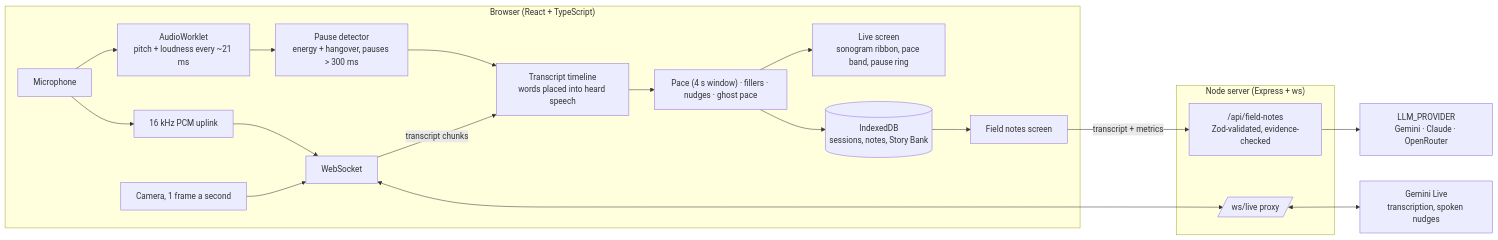
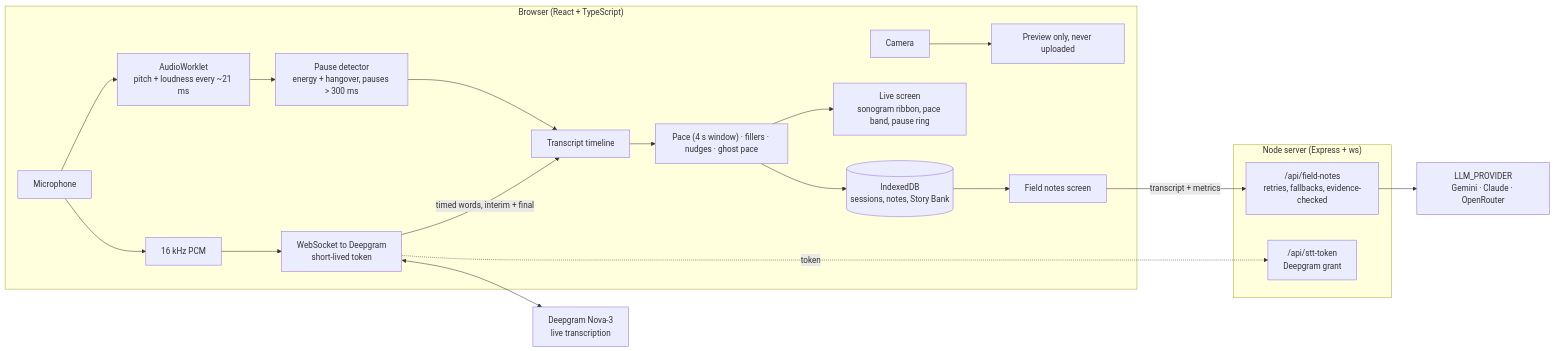
The diagram in README.md (manoj2883/Vireo), drawn with Mermaid before and after one commit. The commit also changed other lines of this file and 3 other files, not shown here.

````diff
--- a/README.md
+++ b/README.md
@@ -27,24 +27,24 @@
 ```mermaid
 flowchart LR
   subgraph Browser["Browser (React + TypeScript)"]
     Mic[Microphone] --> Worklet["AudioWorklet<br/>pitch + loudness every ~21 ms"]
     Worklet --> VAD["Pause detector<br/>energy + hangover, pauses > 300 ms"]
-    Mic --> PCM["16 kHz PCM uplink"]
-    Cam[Camera, 1 frame a second] --> Uplink
-    PCM --> Uplink[WebSocket]
-    Uplink -->|transcript chunks| Timeline["Transcript timeline<br/>words placed into heard speech"]
+    Mic --> PCM["16 kHz PCM"]
+    PCM --> Uplink["WebSocket to Deepgram<br/>short-lived token"]
+    Uplink -->|timed words, interim + final| Timeline["Transcript timeline"]
+    Cam[Camera] --> Preview[Preview only, never uploaded]
     VAD --> Timeline
     Timeline --> Metrics["Pace (4 s window) · fillers · nudges · ghost pace"]
     Metrics --> HUD["Live screen<br/>sonogram ribbon, pace band, pause ring"]
     Metrics --> Store[(IndexedDB<br/>sessions, notes, Story Bank)]
     Store --> Notes[Field notes screen]
   end
   subgraph Server["Node server (Express + ws)"]
-    Proxy[/ws/live proxy/]
-    Api["/api/field-notes<br/>Zod-validated, evidence-checked"]
+    Token["/api/stt-token<br/>Deepgram grant"]
+    Api["/api/field-notes<br/>retries, fallbacks, evidence-checked"]
   end
-  Uplink <--> Proxy
-  Proxy <--> Gemini["Gemini Live<br/>transcription, spoken nudges"]
+  Uplink -.->|token| Token
+  Uplink <--> Deepgram["Deepgram Nova-3<br/>live transcription"]
   Notes -->|transcript + metrics| Api
   Api --> LLM["LLM_PROVIDER<br/>Gemini · Claude · OpenRouter"]
 ```
````
